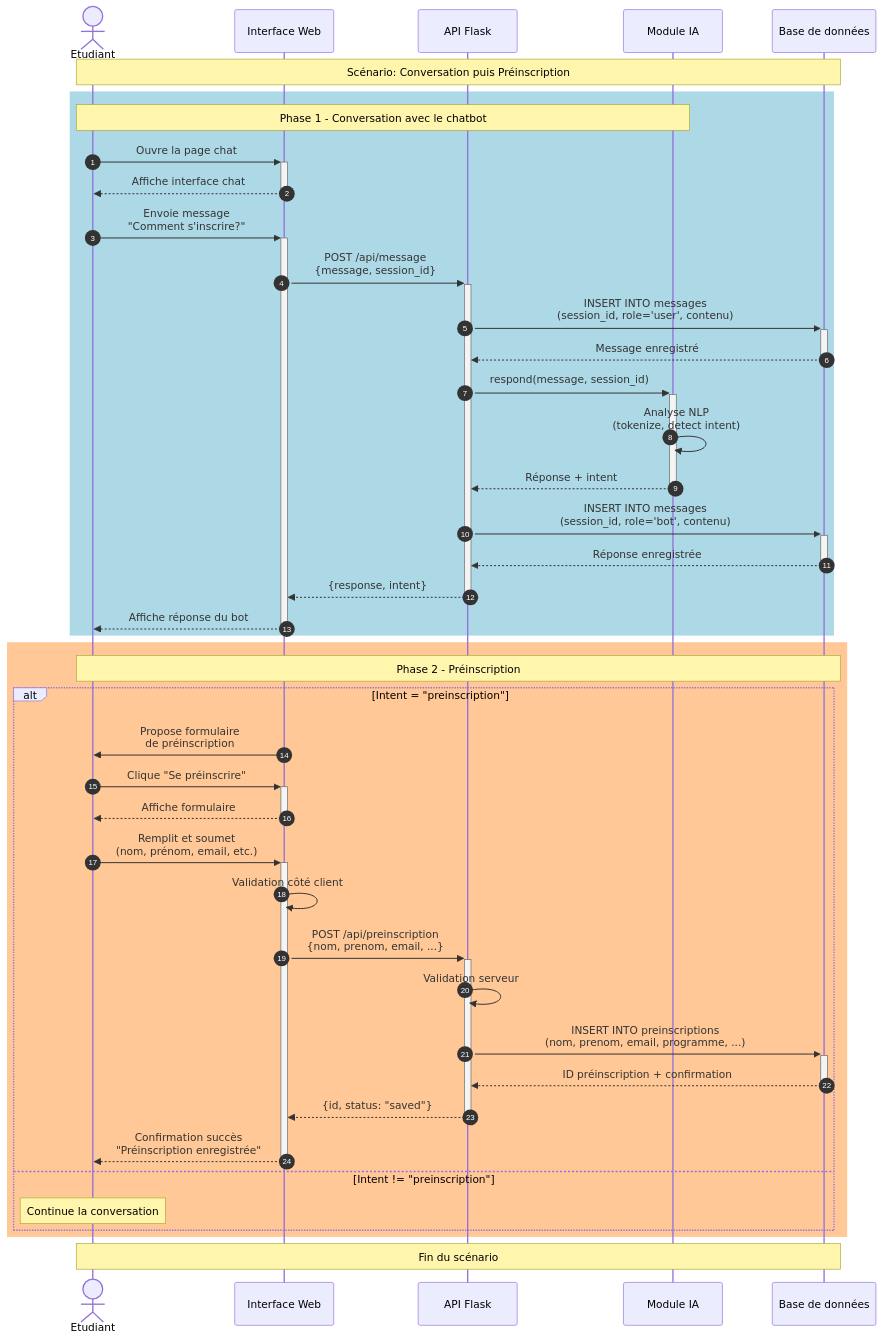
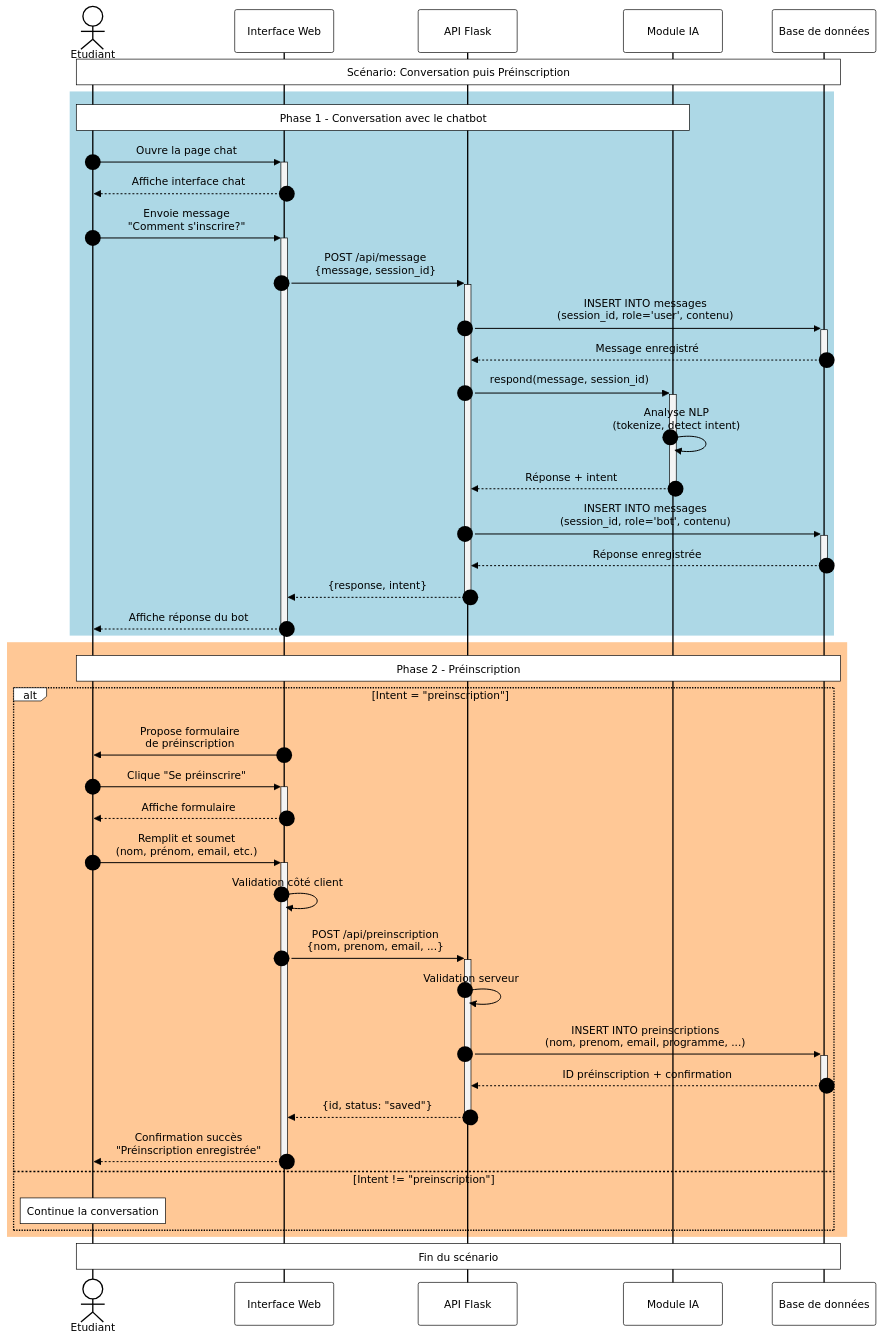
One commit to MadickAngeCesar/chatbot-preinscription changed the diagram in doc/diagram/sequence.mmd. Above: the diagram before and after it, drawn with Mermaid. The commit also changed 53 other files, not shown here.

```diff
--- a/doc/diagram/sequence.mmd
+++ b/doc/diagram/sequence.mmd
@@ -1,58 +1,60 @@
 sequenceDiagram
     autonumber
     actor Etudiant
     participant UI as Interface Web
     participant API as API Flask
     participant Model as Module IA
     participant DB as Base de données
     
     Note over Etudiant,DB: Scénario: Conversation puis Préinscription
     
     %% Phase 1: Conversation
     rect rgb(173, 216, 230)
     Note over Etudiant,Model: Phase 1 - Conversation avec le chatbot
     Etudiant->>+UI: Ouvre la page chat
     UI-->>-Etudiant: Affiche interface chat
     
     Etudiant->>+UI: Envoie message<br/>"Comment s'inscrire?"
     UI->>+API: POST /api/message<br/>{message, session_id}
     API->>+DB: INSERT INTO messages<br/>(session_id, role='user', contenu)
     DB-->>-API: Message enregistré
     
     API->>+Model: respond(message, session_id)
     Model->>Model: Analyse NLP<br/>(tokenize, detect intent)
     Model-->>-API: Réponse + intent
     
     API->>+DB: INSERT INTO messages<br/>(session_id, role='bot', contenu)
     DB-->>-API: Réponse enregistrée
     
     API-->>-UI: {response, intent}
     UI-->>-Etudiant: Affiche réponse du bot
     end
     
     %% Phase 2: Préinscription
     rect rgb(255, 200, 150)
     Note over Etudiant,DB: Phase 2 - Préinscription
     
     alt Intent = "preinscription"
         UI->>Etudiant: Propose formulaire<br/>de préinscription
         Etudiant->>+UI: Clique "Se préinscrire"
         UI-->>-Etudiant: Affiche formulaire
         
         Etudiant->>+UI: Remplit et soumet<br/>(nom, prénom, email, etc.)
         UI->>UI: Validation côté client
         
         UI->>+API: POST /api/preinscription<br/>{nom, prenom, email, ...}
         API->>API: Validation serveur
         
         API->>+DB: INSERT INTO preinscriptions<br/>(nom, prenom, email, programme, ...)
         DB-->>-API: ID préinscription + confirmation
         
         API-->>-UI: {id, status: "saved"}
         UI-->>-Etudiant: Confirmation succès<br/>"Préinscription enregistrée"
     else Intent != "preinscription"
         Note over Etudiant: Continue la conversation
     end
     end
     
     Note over Etudiant,DB: Fin du scénario
+    
+    %%{init: {'theme':'base', 'themeVariables': { 'primaryColor':'#fff','primaryTextColor':'#000','primaryBorderColor':'#000','lineColor':'#000','secondaryColor':'#fff','tertiaryColor':'#fff','actorTextColor':'#000','actorLineColor':'#000','signalColor':'#000','signalTextColor':'#000','labelTextColor':'#000','loopTextColor':'#000','noteBkgColor':'#fff','noteTextColor':'#000','noteBorderColor':'#000','activationBkgColor':'#f4f4f4','activationBorderColor':'#000','sequenceNumberColor':'#000'}}}%%
```
